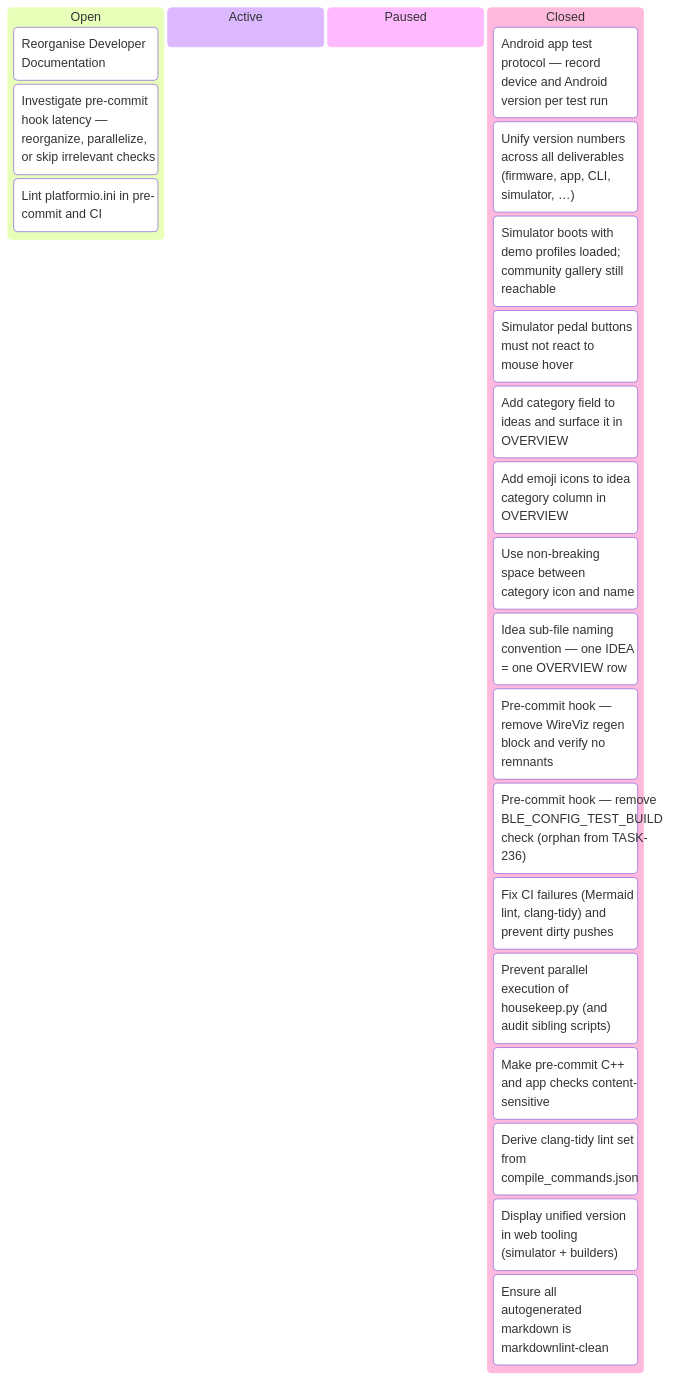
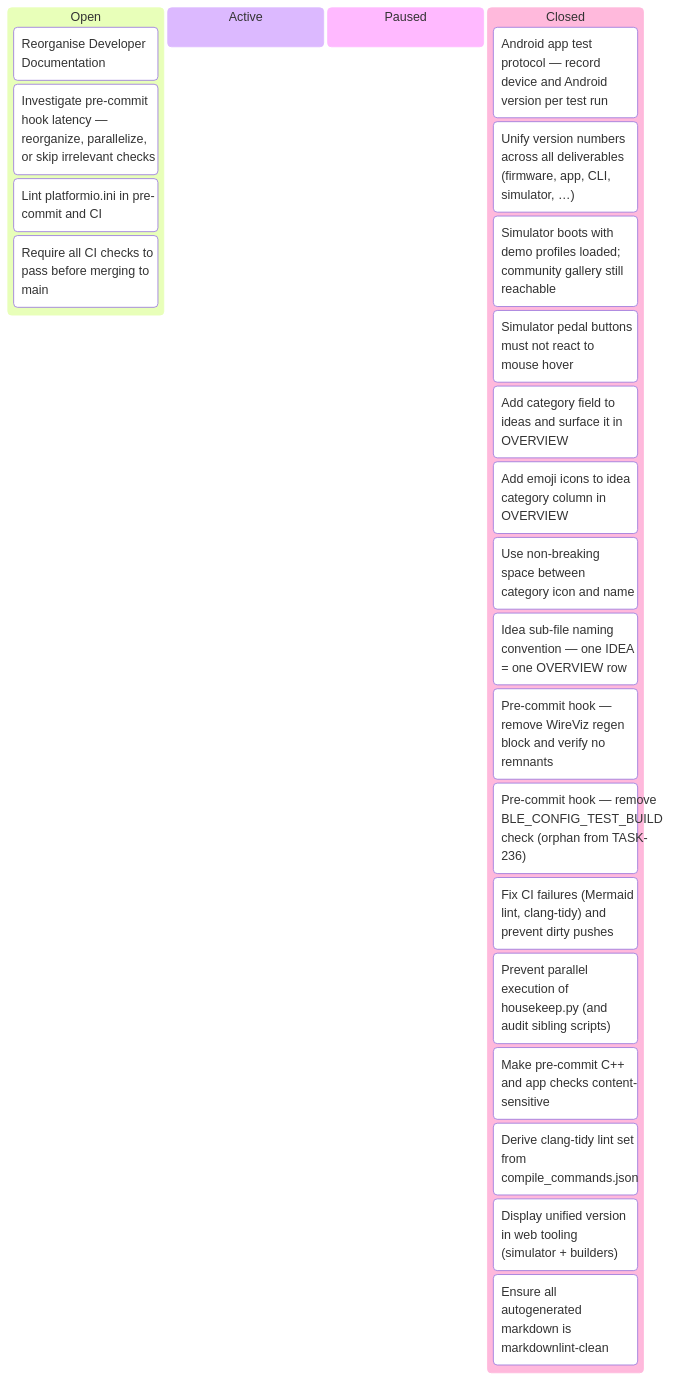
The seventh of 7 diagrams in docs/developers/tasks/KANBAN.md (tgd1975/AwesomeStudioPedal), drawn with Mermaid before and after one commit. The commit also changed other lines of this file and 3 other files, not shown here.

````diff
--- a/docs/developers/tasks/KANBAN.md
+++ b/docs/developers/tasks/KANBAN.md
@@ -103,26 +104,27 @@
 ```mermaid
 kanban
   Open
     TASK_148["Reorganise Developer Documentation"]
     TASK_352["Investigate pre-commit hook latency — reorganize, parallelize, or skip irrelevant checks"]
     TASK_361["Lint platformio.ini in pre-commit and CI"]
+    TASK_362["Require all CI checks to pass before merging to main"]
   Active
   Paused
   Closed
     TASK_259["Android app test protocol — record device and Android version per test run"]
     TASK_260["Unify version numbers across all deliverables (firmware, app, CLI, simulator, …)"]
     TASK_303["Simulator boots with demo profiles loaded; community gallery still reachable"]
     TASK_304["Simulator pedal buttons must not react to mouse hover"]
     TASK_305["Add category field to ideas and surface it in OVERVIEW"]
     TASK_313["Add emoji icons to idea category column in OVERVIEW"]
     TASK_314["Use non-breaking space between category icon and name"]
     TASK_315["Idea sub-file naming convention — one IDEA = one OVERVIEW row"]
     TASK_319["Pre-commit hook — remove WireViz regen block and verify no remnants"]
     TASK_320["Pre-commit hook — remove BLE_CONFIG_TEST_BUILD check (orphan from TASK-236)"]
     TASK_321["Fix CI failures (Mermaid lint, clang-tidy) and prevent dirty pushes"]
     TASK_328["Prevent parallel execution of housekeep.py (and audit sibling scripts)"]
     TASK_346["Make pre-commit C++ and app checks content-sensitive"]
     TASK_348["Derive clang-tidy lint set from compile_commands.json"]
     TASK_350["Display unified version in web tooling (simulator + builders)"]
     TASK_351["Ensure all autogenerated markdown is markdownlint-clean"]
 ```
````
